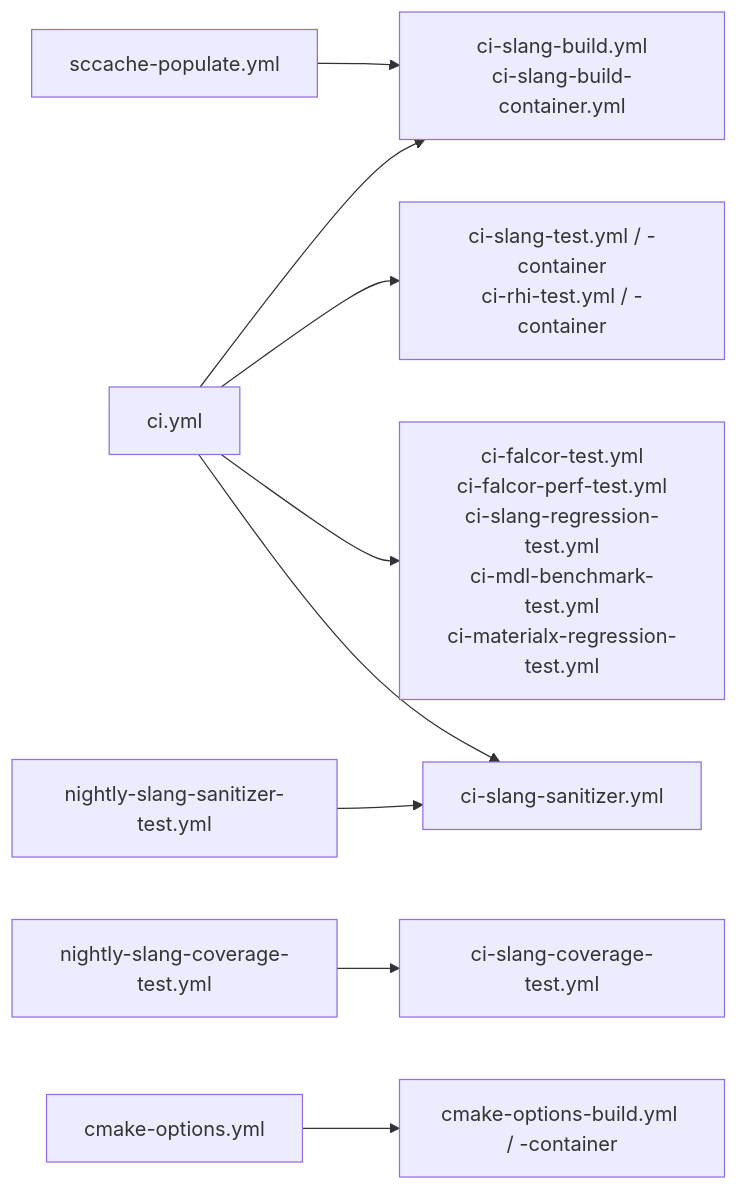
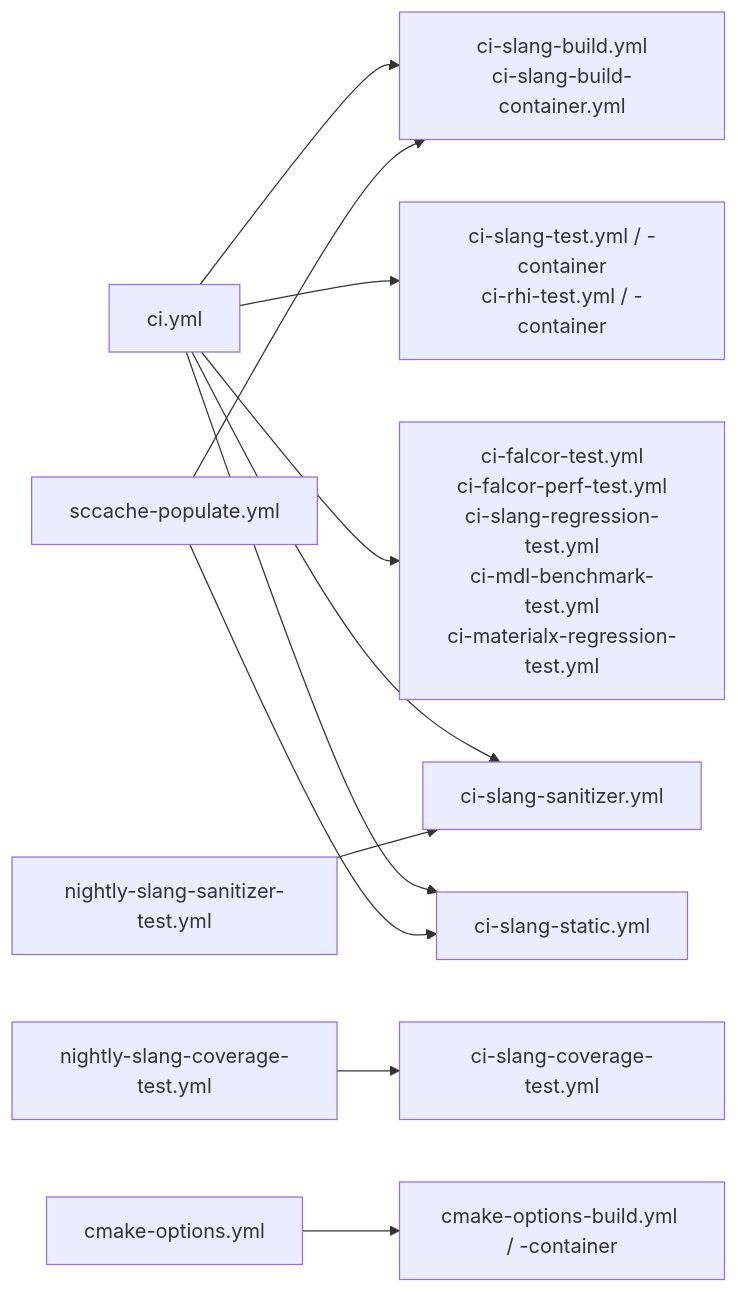
One commit to shader-slang/slang changed the first of 2 diagrams in .github/workflows/README.md. Above: the diagram before and after it, drawn with Mermaid. The commit also changed other lines of this file and 3 other files, not shown here.

First line of the commit message:
CI: rename the static unit test workflow and jobs to static

````diff
--- a/.github/workflows/README.md
+++ b/.github/workflows/README.md
@@ -48,15 +48,16 @@
 ```mermaid
 flowchart LR
-  ci["ci.yml"] --> build & test & suites & san
-  sccache["sccache-populate.yml"] --> build
+  ci["ci.yml"] --> build & test & suites & san & static
+  sccache["sccache-populate.yml"] --> build & static
   ncov["nightly-slang-coverage-test.yml"] --> cov
   nsan["nightly-slang-sanitizer-test.yml"] --> san
   copts["cmake-options.yml"] --> coptbuild
 
   build["ci-slang-build.yml<br>ci-slang-build-container.yml"]
   test["ci-slang-test.yml / -container<br>ci-rhi-test.yml / -container"]
   suites["ci-falcor-test.yml<br>ci-falcor-perf-test.yml<br>ci-slang-regression-test.yml<br>ci-mdl-benchmark-test.yml<br>ci-materialx-regression-test.yml"]
   san["ci-slang-sanitizer.yml"]
+  static["ci-slang-static.yml"]
   cov["ci-slang-coverage-test.yml"]
   coptbuild["cmake-options-build.yml / -container"]
 ```
````
